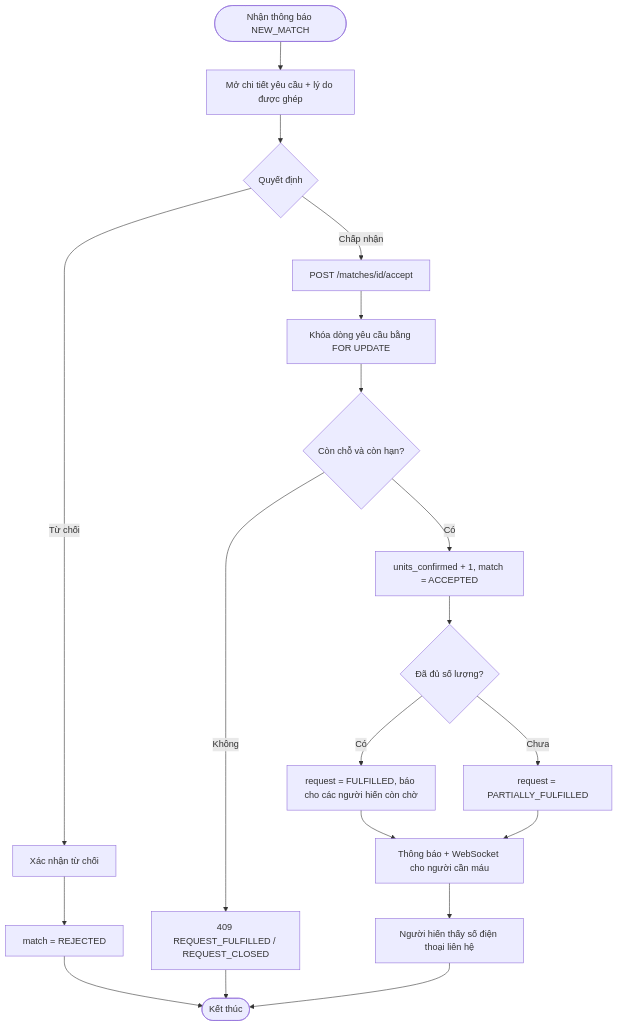
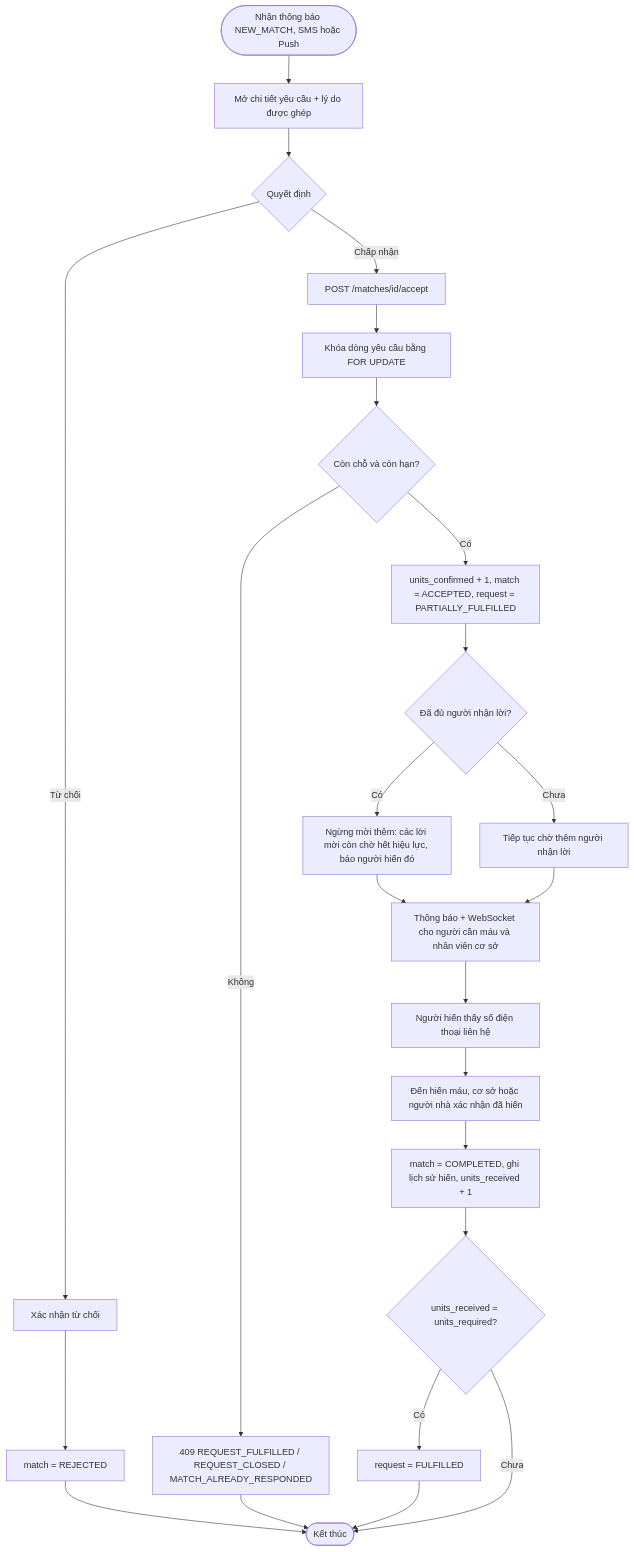
Before and after one commit to nhungoc260/lifely_demo: diagram 16 of 18 in docs/ARCHITECTURE.md, drawn with Mermaid. The commit also changed other lines of this file and 14 other files, not shown here.

````diff
--- a/docs/ARCHITECTURE.md
+++ b/docs/ARCHITECTURE.md
@@ -195,17 +768,22 @@
 ```mermaid
 flowchart TD
-  A(["Nhận thông báo NEW_MATCH"]) --> B["Mở chi tiết yêu cầu + lý do được ghép"]
+  A(["Nhận thông báo NEW_MATCH, SMS hoặc Push"]) --> B["Mở chi tiết yêu cầu + lý do được ghép"]
   B --> C{"Quyết định"}
   C -- "Từ chối" --> D["Xác nhận từ chối"] --> E["match = REJECTED"] --> Z(["Kết thúc"])
   C -- "Chấp nhận" --> F["POST /matches/id/accept"]
   F --> G["Khóa dòng yêu cầu bằng FOR UPDATE"]
   G --> H{"Còn chỗ và còn hạn?"}
-  H -- "Không" --> I["409 REQUEST_FULFILLED / REQUEST_CLOSED"] --> Z
-  H -- "Có" --> J["units_confirmed + 1, match = ACCEPTED"]
-  J --> K{"Đã đủ số lượng?"}
-  K -- "Có" --> L["request = FULFILLED, báo cho các người hiến còn chờ"]
-  K -- "Chưa" --> M["request = PARTIALLY_FULFILLED"]
-  L --> N["Thông báo + WebSocket cho người cần máu"]
+  H -- "Không" --> I["409 REQUEST_FULFILLED / REQUEST_CLOSED / MATCH_ALREADY_RESPONDED"] --> Z
+  H -- "Có" --> J["units_confirmed + 1, match = ACCEPTED, request = PARTIALLY_FULFILLED"]
+  J --> K{"Đã đủ người nhận lời?"}
+  K -- "Có" --> L["Ngừng mời thêm: các lời mời còn chờ hết hiệu lực, báo người hiến đó"]
+  K -- "Chưa" --> M["Tiếp tục chờ thêm người nhận lời"]
+  L --> N["Thông báo + WebSocket cho người cần máu và nhân viên cơ sở"]
   M --> N
-  N --> O["Người hiến thấy số điện thoại liên hệ"] --> Z
+  N --> O["Người hiến thấy số điện thoại liên hệ"]
+  O --> P["Đến hiến máu, cơ sở hoặc người nhà xác nhận đã hiến"]
+  P --> Q["match = COMPLETED, ghi lịch sử hiến, units_received + 1"]
+  Q --> R{"units_received = units_required?"}
+  R -- "Có" --> S["request = FULFILLED"] --> Z
+  R -- "Chưa" --> Z
 ```
````
